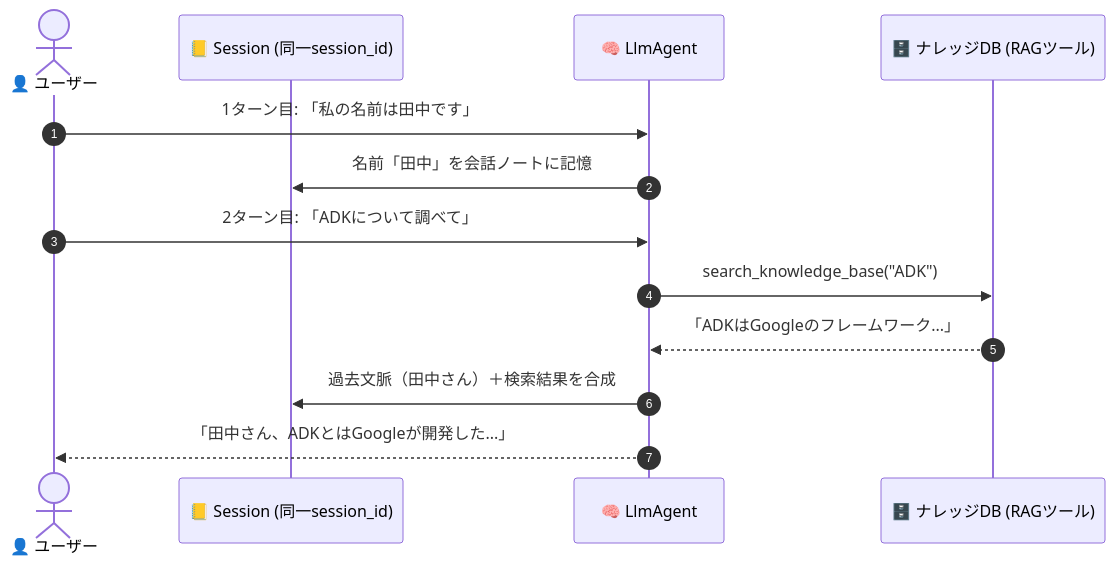
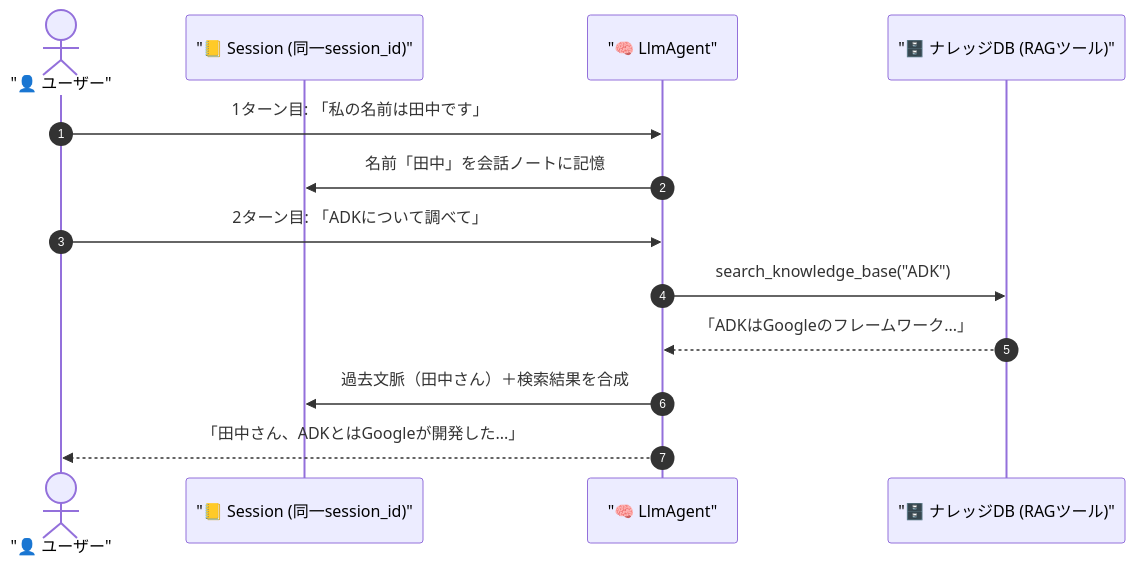
The diagram in chapter04/ソースコード解説.md (masatokg/multi-agent-ai-course-template), drawn with Mermaid before and after one commit. The commit also changed 6 other files, not shown here.

Commit message:
Fix Mermaid diagram syntax in all ソースコード解説.md files for accurate rendering

````diff
--- a/chapter04/ソースコード解説.md
+++ b/chapter04/ソースコード解説.md
@@ -16,17 +16,17 @@
 ```mermaid
 sequenceDiagram
     autonumber
-    actor User as 👤 ユーザー
-    participant Session as 📒 Session (同一session_id)
-    participant Agent as 🧠 LlmAgent
-    participant KB as 🗄️ ナレッジDB (RAGツール)
+    actor User as "👤 ユーザー"
+    participant Session as "📒 Session (同一session_id)"
+    participant Agent as "🧠 LlmAgent"
+    participant KB as "🗄️ ナレッジDB (RAGツール)"
 
     User->>Agent: 1ターン目: 「私の名前は田中です」
     Agent->>Session: 名前「田中」を会話ノートに記憶
 
     User->>Agent: 2ターン目: 「ADKについて調べて」
     Agent->>KB: search_knowledge_base("ADK")
     KB-->>Agent: 「ADKはGoogleのフレームワーク...」
     Agent->>Session: 過去文脈（田中さん）＋検索結果を合成
     Agent-->>User: 「田中さん、ADKとはGoogleが開発した...」
 ```
````
